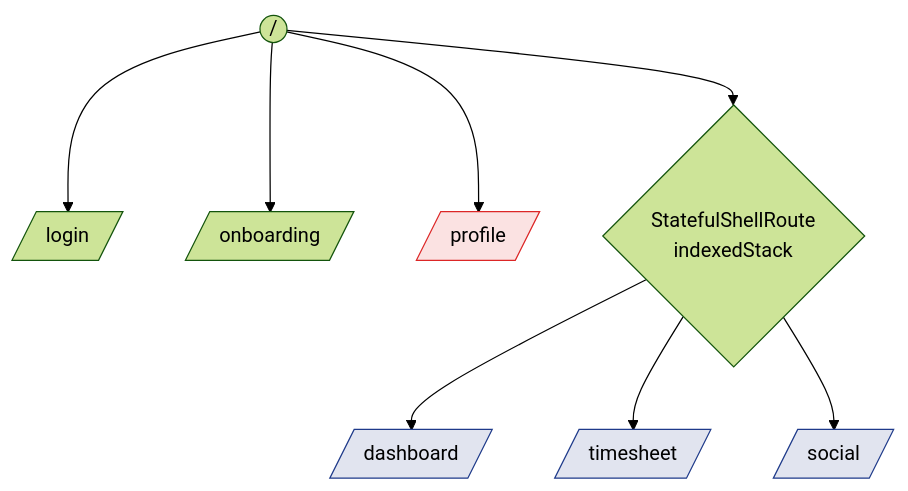
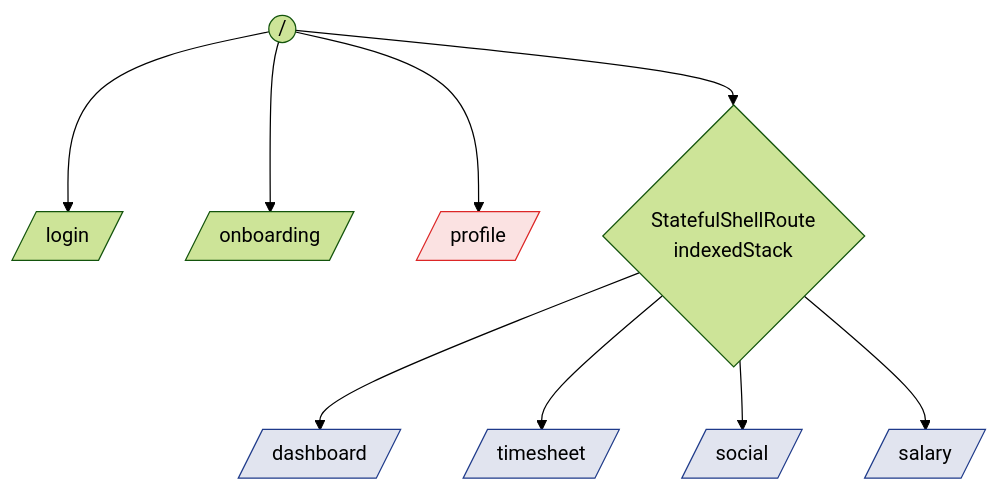
The first of 2 diagrams in docs/architecture/navigation.md (marcocipriani/chigio_time), drawn with Mermaid (forest theme) before and after one commit. The commit also changed other lines of this file and 25 other files, not shown here.

First line of the commit message:
feat(salary): Stipendio page (4th tab) + payday notification

````diff
--- a/docs/architecture/navigation.md
+++ b/docs/architecture/navigation.md
@@ -10,13 +10,14 @@
 ```mermaid
 flowchart TB
     R((/)) --> L[/login/]
     R --> O[/onboarding/]
     R --> P[/profile/]:::push
     R --> SH{StatefulShellRoute\nindexedStack}
     SH --> D[/dashboard/]:::tab
     SH --> T[/timesheet/]:::tab
     SH --> S[/social/]:::tab
+    SH --> SL[/salary/]:::tab
 
     classDef tab fill:#1e3a8a22,stroke:#1e3a8a;
     classDef push fill:#dc262622,stroke:#dc2626;
 ```
````
